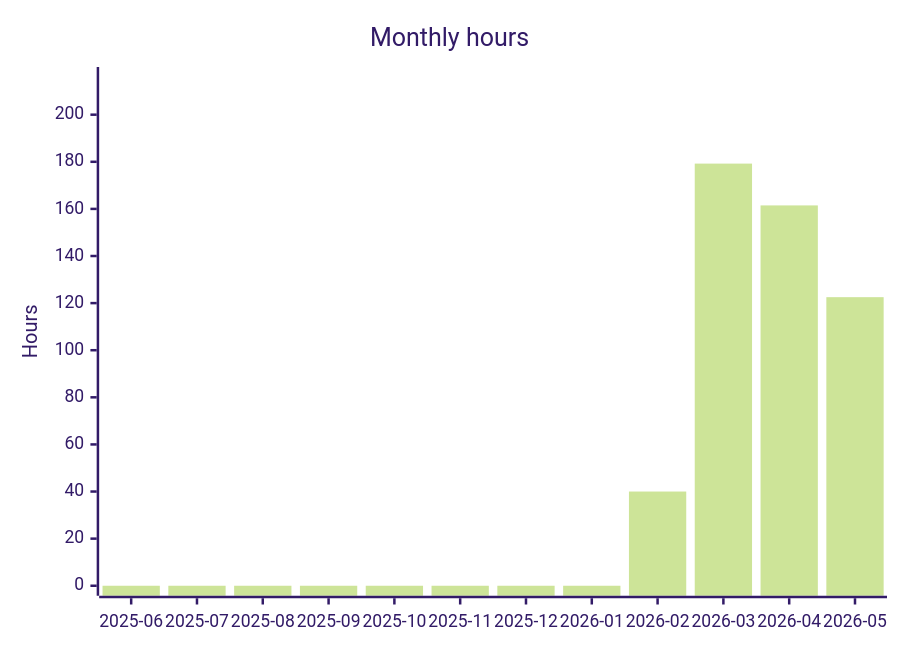
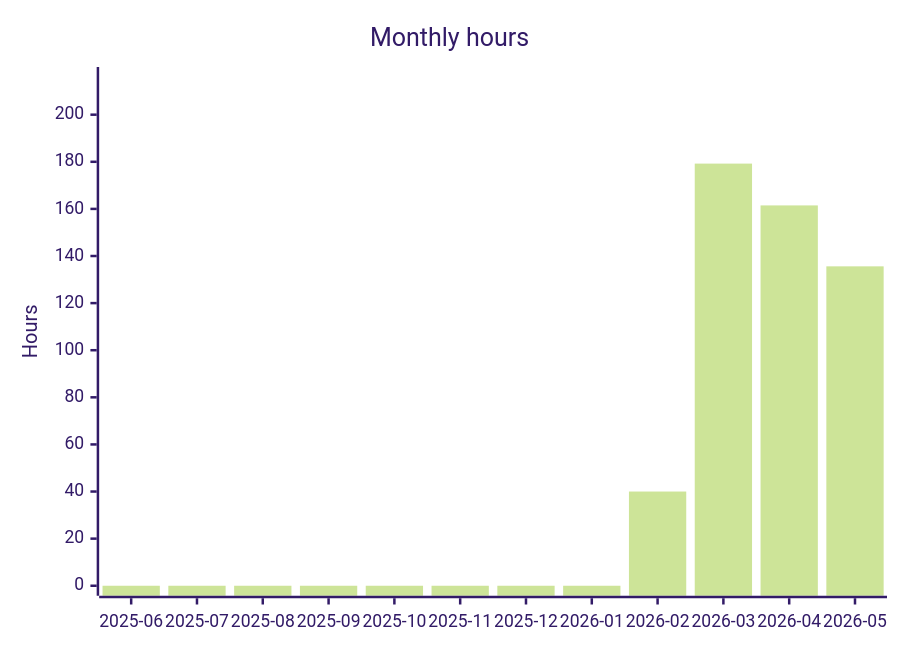
One commit to albinforsberg-netizen/timeclock changed the fourth of 5 diagrams in README.org. Above: the diagram before and after it, drawn with Mermaid (forest theme). The commit also changed other lines of this file, not shown here.

```diff
--- a/README.org
+++ b/README.org
@@ -116,7 +116,7 @@
 #+begin_src mermaid
 xychart-beta
     title "Monthly hours"
     x-axis ["2025-06", "2025-07", "2025-08", "2025-09", "2025-10", "2025-11", "2025-12", "2026-01", "2026-02", "2026-03", "2026-04", "2026-05"]
     y-axis "Hours" 0 --> 216
-    bar [0.00, 0.00, 0.00, 0.00, 0.00, 0.00, 0.00, 0.00, 40.00, 179.23, 161.48, 122.52]
+    bar [0.00, 0.00, 0.00, 0.00, 0.00, 0.00, 0.00, 0.00, 40.00, 179.23, 161.48, 135.61]
 #+end_src
```
